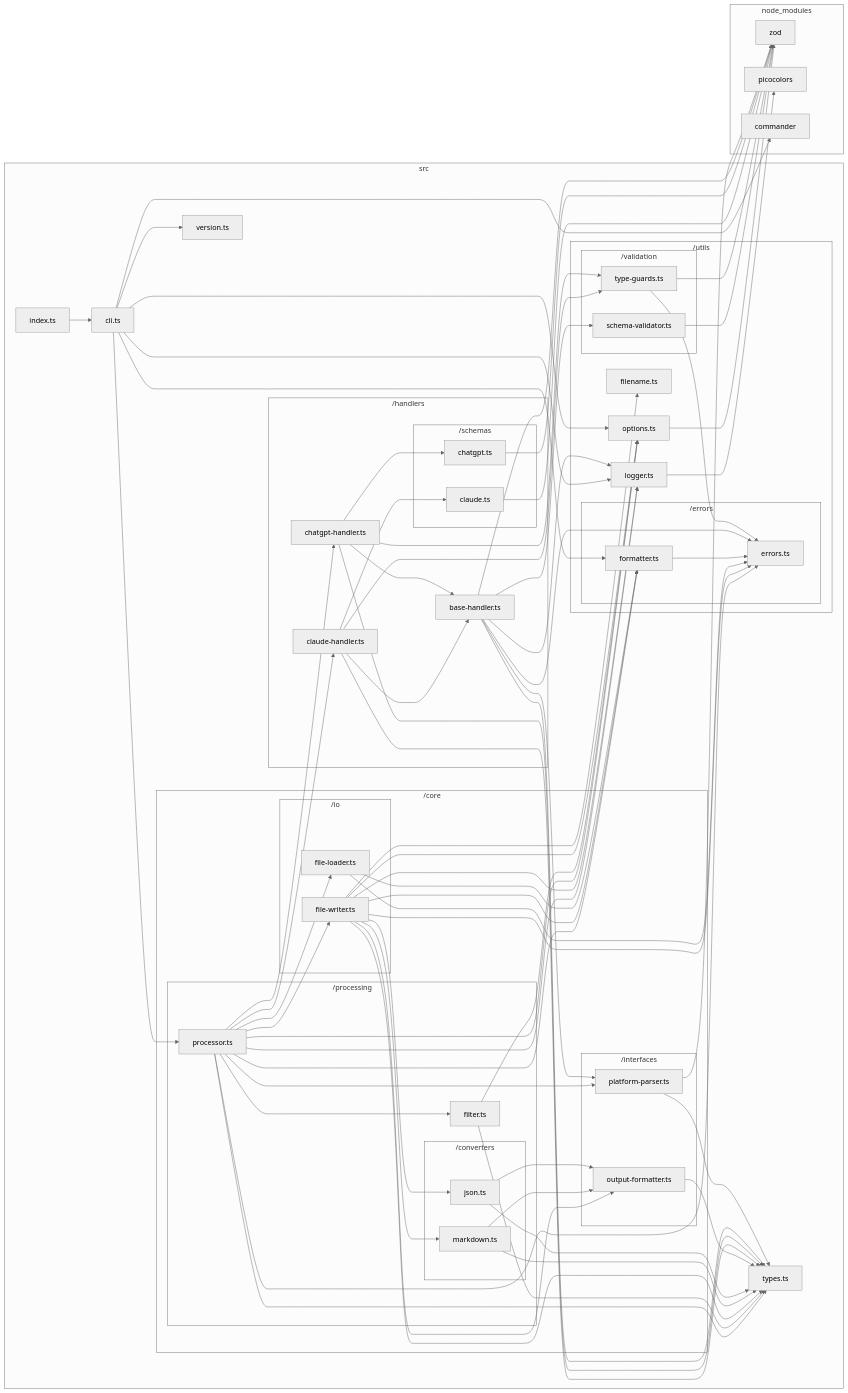
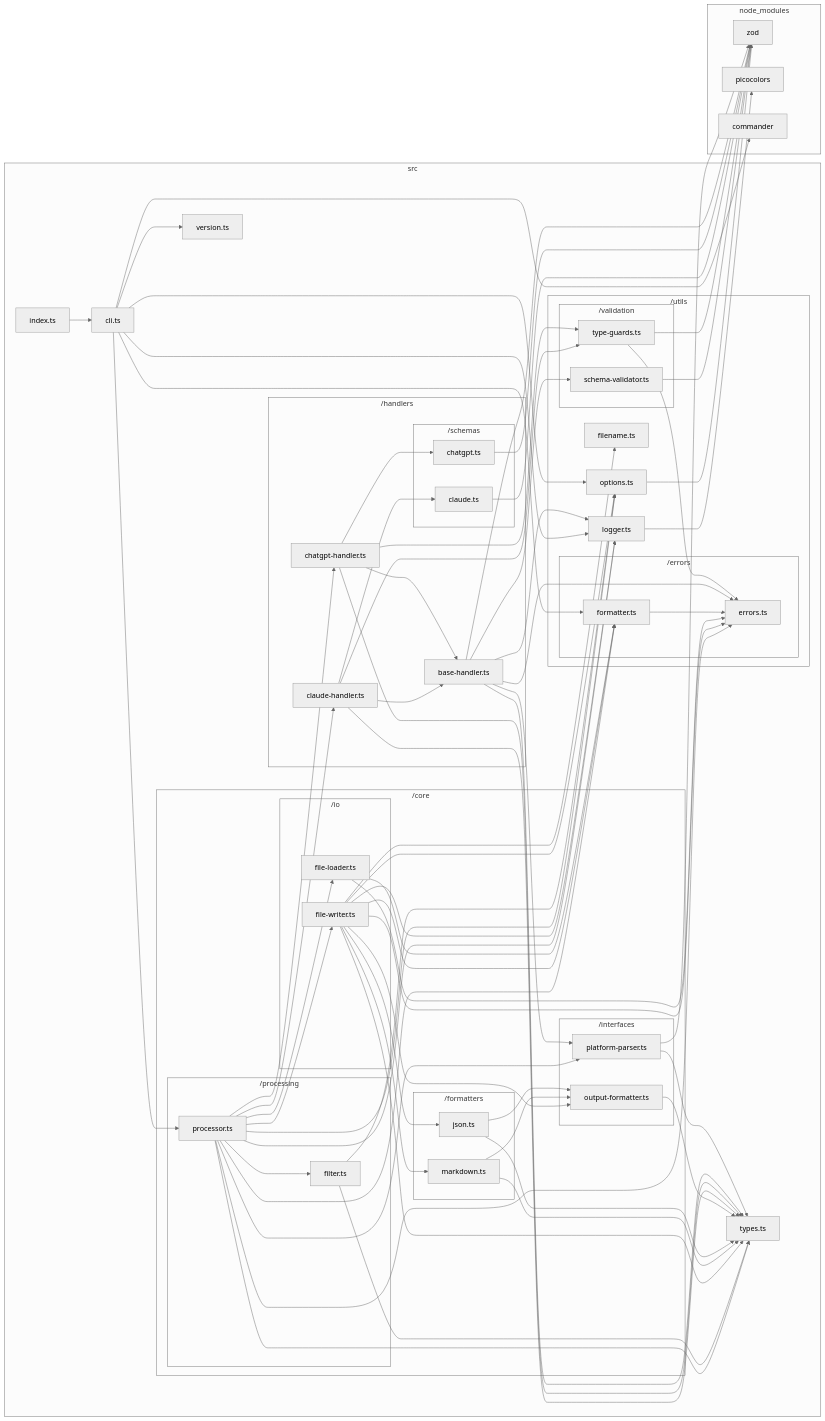
The diagram in docs/dependency-graphs/typescript-graph.md (sugurutakahashi-1234/ai-chat-md-export), drawn with Mermaid (neutral theme) before and after one commit. The commit also changed 5 other files, not shown here.

First line of the commit message:
refactor: move output formatters to dedicated directory

```diff
--- a/docs/dependency-graphs/typescript-graph.md
+++ b/docs/dependency-graphs/typescript-graph.md
@@ -33,13 +33,13 @@
                 src/core/io/file//loader.ts["file-loader.ts"]
                 src/core/io/file//writer.ts["file-writer.ts"]
             end
+            subgraph src/core/formatters["/formatters"]
+                src/core/formatters/json.ts["json.ts"]
+                src/core/formatters/markdown.ts["markdown.ts"]
+            end
             subgraph src/core/processing["/processing"]
                 src/core/processing/filter.ts["filter.ts"]
                 src/core/processing/processor.ts["processor.ts"]
-                subgraph src/core/processing/converters["/converters"]
-                    src/core/processing/converters/json.ts["json.ts"]
-                    src/core/processing/converters/markdown.ts["markdown.ts"]
-                end
             end
         end
         subgraph src/handlers["/handlers"]
@@ -84,19 +84,19 @@
     src/core/io/file//loader.ts-->src/utils/errors/errors.ts
     src/core/io/file//loader.ts-->src/utils/errors/formatter.ts
     src/core/interfaces/output//formatter.ts-->src/types.ts
-    src/core/processing/converters/json.ts-->src/types.ts
-    src/core/processing/converters/json.ts-->src/core/interfaces/output//formatter.ts
-    src/core/processing/converters/markdown.ts-->src/types.ts
-    src/core/processing/converters/markdown.ts-->src/core/interfaces/output//formatter.ts
+    src/core/formatters/json.ts-->src/types.ts
+    src/core/formatters/json.ts-->src/core/interfaces/output//formatter.ts
+    src/core/formatters/markdown.ts-->src/types.ts
+    src/core/formatters/markdown.ts-->src/core/interfaces/output//formatter.ts
     src/core/io/file//writer.ts-->src/types.ts
     src/core/io/file//writer.ts-->src/utils/errors/errors.ts
     src/core/io/file//writer.ts-->src/utils/errors/formatter.ts
     src/core/io/file//writer.ts-->src/utils/filename.ts
     src/core/io/file//writer.ts-->src/utils/logger.ts
     src/core/io/file//writer.ts-->src/utils/options.ts
+    src/core/io/file//writer.ts-->src/core/formatters/json.ts
+    src/core/io/file//writer.ts-->src/core/formatters/markdown.ts
     src/core/io/file//writer.ts-->src/core/interfaces/output//formatter.ts
-    src/core/io/file//writer.ts-->src/core/processing/converters/json.ts
-    src/core/io/file//writer.ts-->src/core/processing/converters/markdown.ts
     src/core/processing/filter.ts-->src/types.ts
     src/core/processing/filter.ts-->src/utils/options.ts
     src/core/processing/processor.ts-->src/handlers/chatgpt//handler.ts
```
